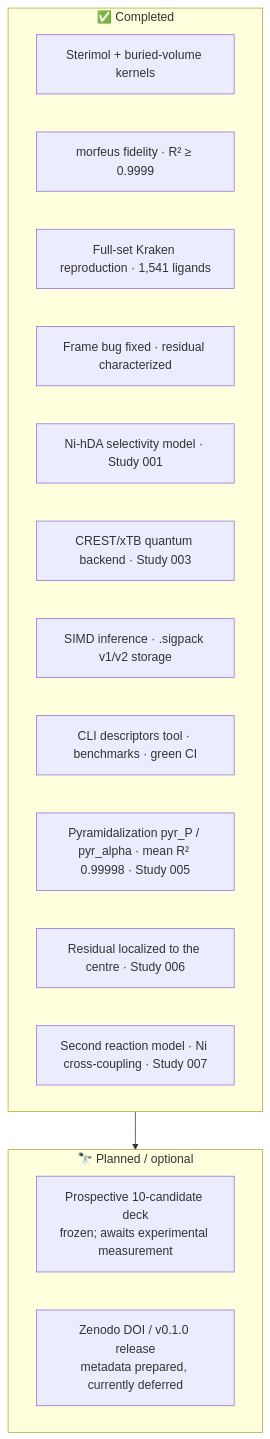
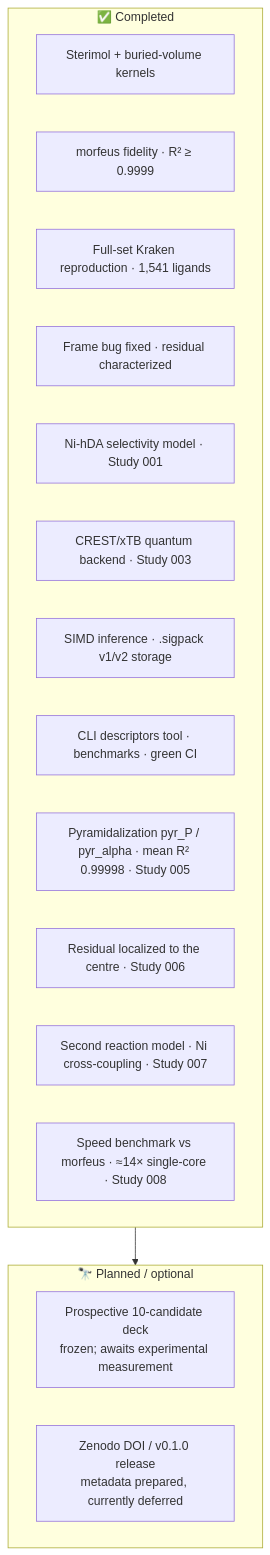
The second of 2 diagrams in README.md (AndrejRumenovski/StericX), drawn with Mermaid before and after one commit. The commit also changed other lines of this file and 6 other files, not shown here.

First line of the commit message:
feat: Study 008 — head-to-head speed benchmark vs morfeus

````diff
--- a/README.md
+++ b/README.md
@@ -655,21 +681,22 @@
 ```mermaid
 graph TD
     subgraph Done["✅ Completed"]
         D1[Sterimol + buried-volume kernels]
         D2[morfeus fidelity · R² ≥ 0.9999]
         D3[Full-set Kraken reproduction · 1,541 ligands]
         D4[Frame bug fixed · residual characterized]
         D5[Ni-hDA selectivity model · Study 001]
         D6[CREST/xTB quantum backend · Study 003]
         D7[SIMD inference · .sigpack v1/v2 storage]
         D8[CLI descriptors tool · benchmarks · green CI]
         D9[Pyramidalization pyr_P / pyr_alpha · mean R² 0.99998 · Study 005]
         D10[Residual localized to the centre · Study 006]
         D11[Second reaction model · Ni cross-coupling · Study 007]
+        D12[Speed benchmark vs morfeus · ≈14× single-core · Study 008]
     end
     subgraph Next["🔭 Planned / optional"]
         P1["Prospective 10-candidate deck<br/>frozen; awaits experimental measurement"]
         P2["Zenodo DOI / v0.1.0 release<br/>metadata prepared, currently deferred"]
     end
     Done --> Next
 ```
````
